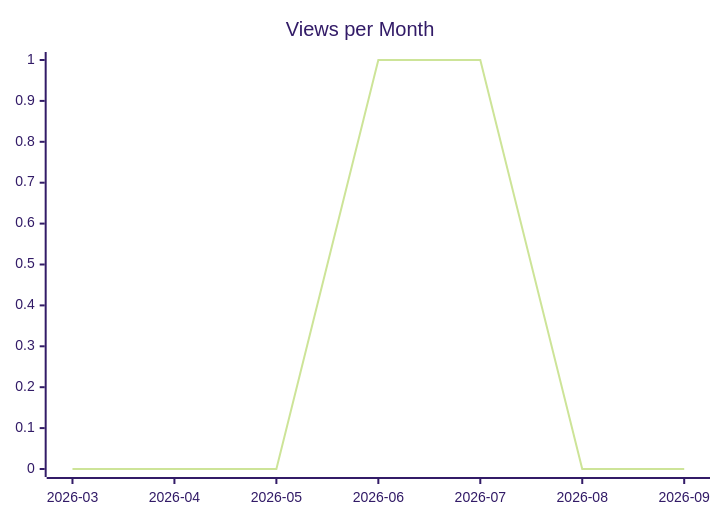
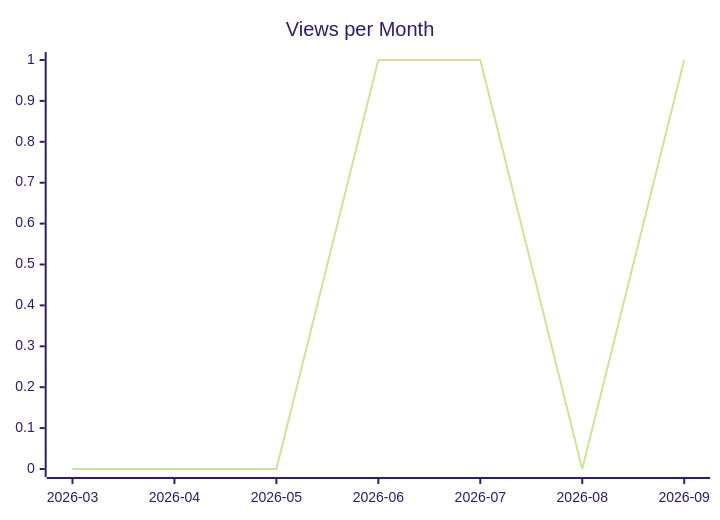
One commit to justdavis-family/github-analytics-data changed the second of 3 diagrams in karlmdavis/ansible/README.md. Above: the diagram before and after it, drawn with Mermaid (forest theme). The commit also changed other lines of this file and 191 other files, not shown here.

````diff
--- a/karlmdavis/ansible/README.md
+++ b/karlmdavis/ansible/README.md
@@ -12,6 +12,6 @@
 ```mermaid
 xychart-beta
   title "Views per Month"
   x-axis ["2026-03", "2026-04", "2026-05", "2026-06", "2026-07", "2026-08", "2026-09"]
-  line [0, 0, 0, 1, 1, 0, 0]
+  line [0, 0, 0, 1, 1, 0, 1]
 ```
````
